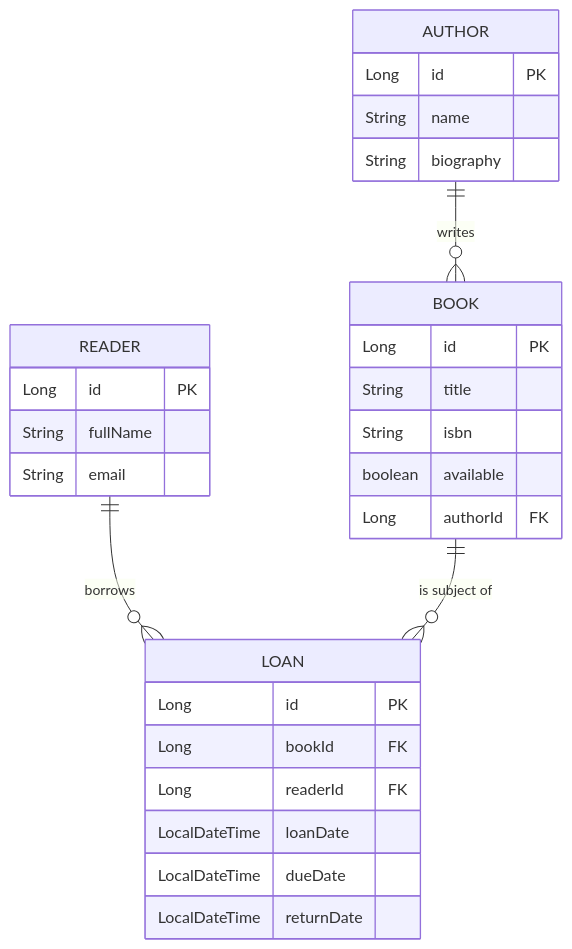
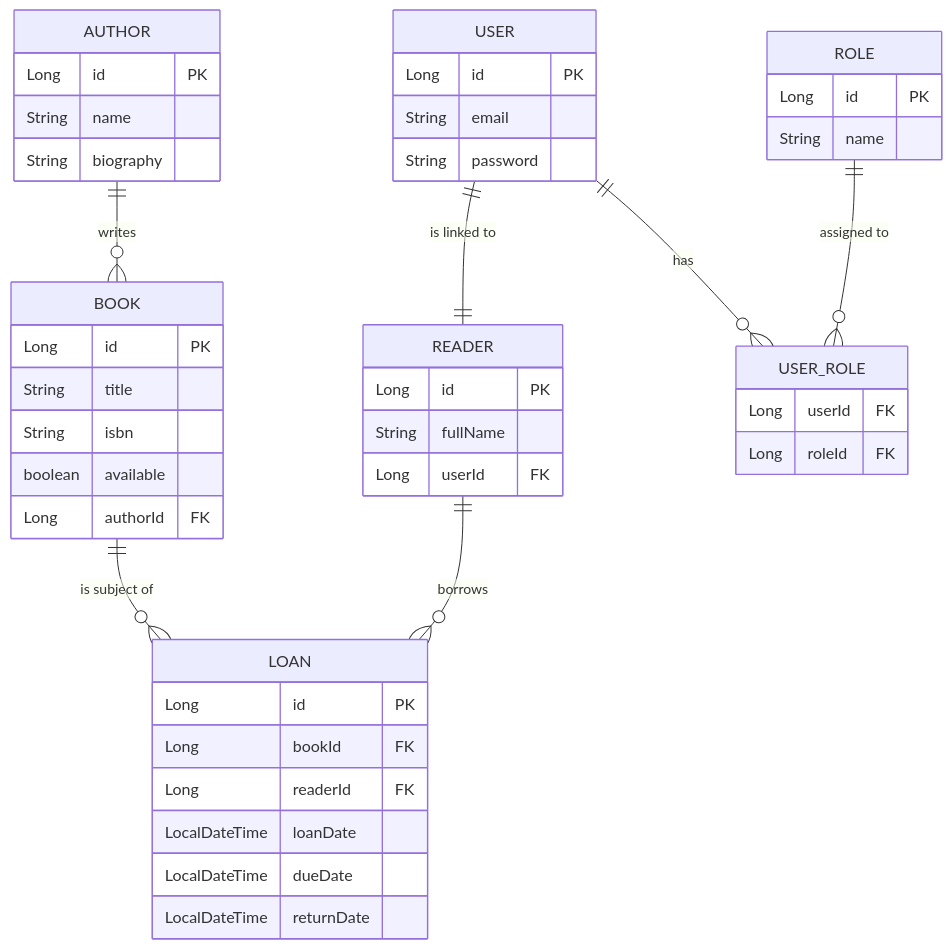
One commit to mgrablo/BiblioNode changed the diagram in README.md. Above: the diagram before and after it, drawn with Mermaid. The commit also changed other lines of this file, not shown here.

Commit message:
feat: update README with authentication details and setup instructions for JWT and user roles

````diff
--- a/README.md
+++ b/README.md
@@ -32,32 +32,48 @@
 ```mermaid
 erDiagram
    AUTHOR ||--o{ BOOK : "writes"
    READER ||--o{ LOAN : "borrows"
    BOOK ||--o{ LOAN : "is subject of"
+   USER ||--|| READER : "is linked to"
+   USER ||--o{ USER_ROLE : "has"
+   ROLE ||--o{ USER_ROLE : "assigned to"
 
    AUTHOR {
       Long id PK
       String name
       String biography
    }
    BOOK {
       Long id PK
       String title
       String isbn
       boolean available
       Long authorId FK
    }
+   USER {
+      Long id PK
+      String email
+      String password
+   }
+   ROLE {
+      Long id PK
+      String name
+   }
+   USER_ROLE {
+       Long userId FK
+       Long roleId FK
+   }
    READER {
       Long id PK
       String fullName
-      String email
+      Long userId FK
    }
    LOAN {
       Long id PK
       Long bookId FK
       Long readerId FK
       LocalDateTime loanDate
       LocalDateTime dueDate
       LocalDateTime returnDate
    }
 ```
````
